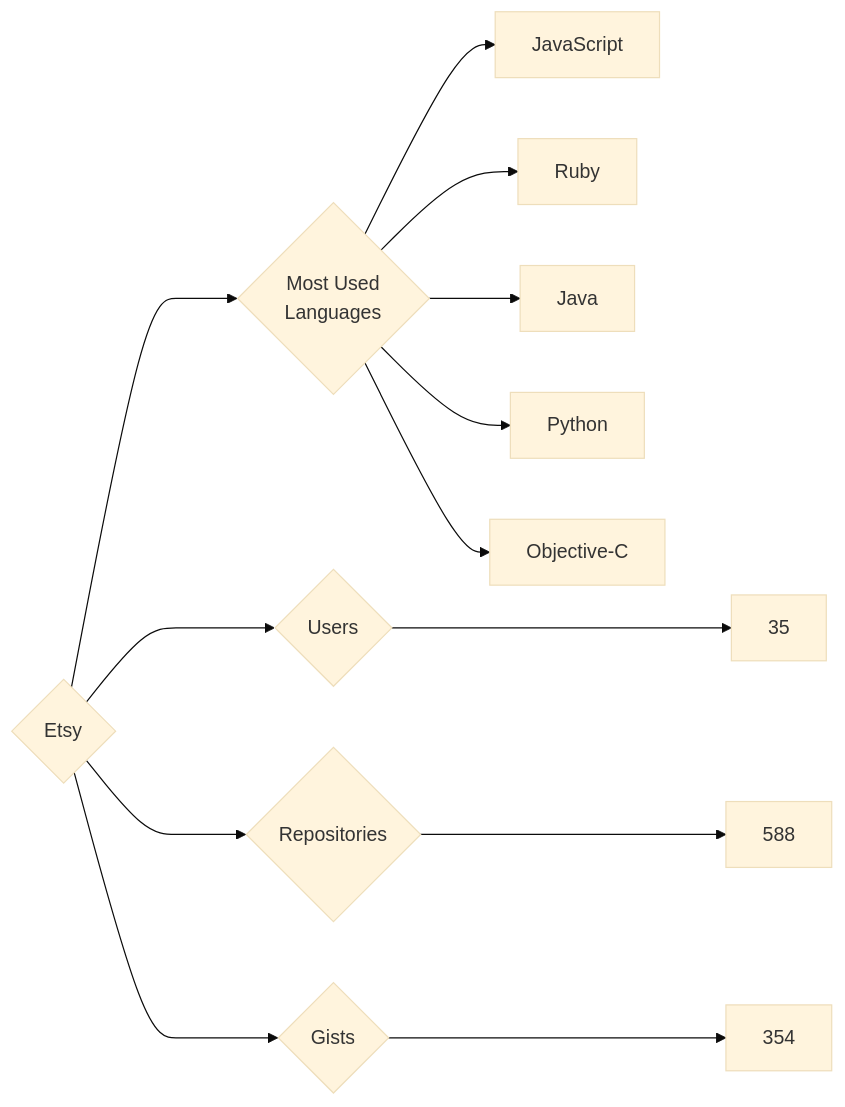
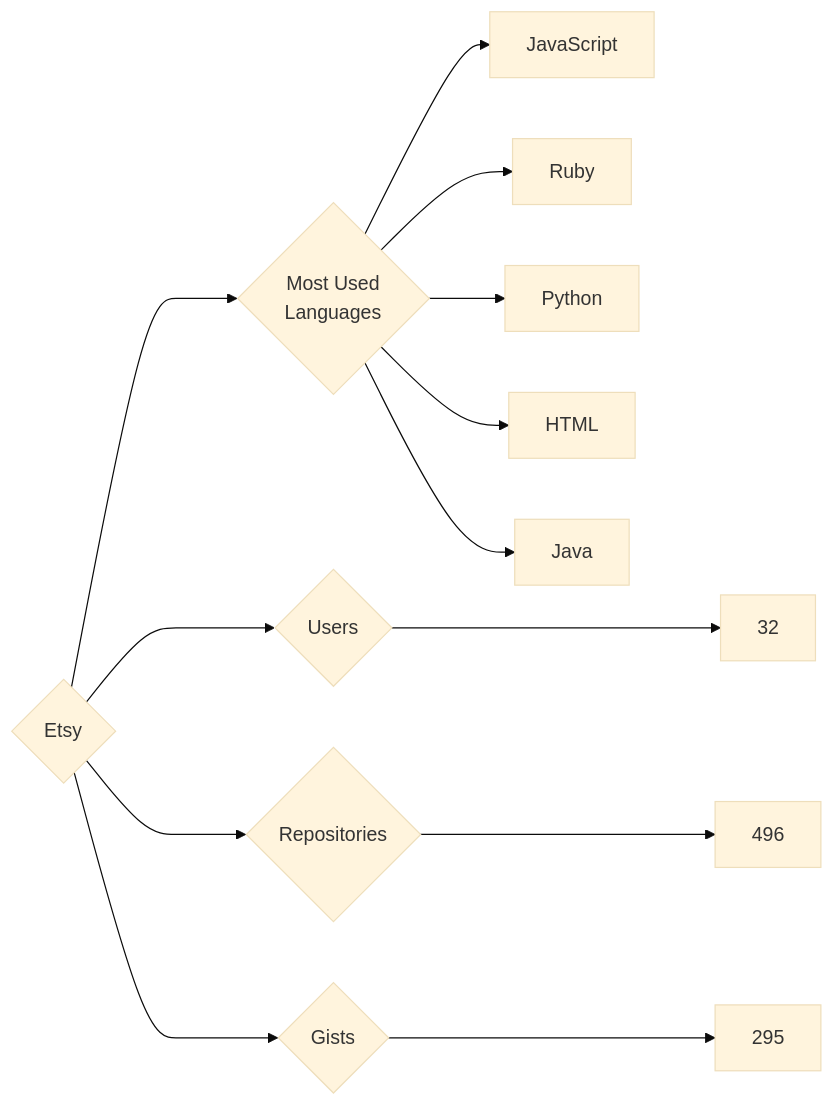
One commit to trickest/insiders changed the diagram in targets/Etsy/README.md. Above: the diagram before and after it, drawn with Mermaid (base theme). The commit also changed 440 other files, not shown here.

````diff
--- a/targets/Etsy/README.md
+++ b/targets/Etsy/README.md
@@ -3,13 +3,13 @@
 ```mermaid
 graph LR
 COMPANY_NAME{Etsy}
-COMPANY_NAME ---> U{Users} ---> UN[35]
-COMPANY_NAME ---> R{Repositories} ---> RN[588]
-COMPANY_NAME ---> G{Gists} ---> GN[354]
+COMPANY_NAME ---> U{Users} ---> UN[32]
+COMPANY_NAME ---> R{Repositories} ---> RN[496]
+COMPANY_NAME ---> G{Gists} ---> GN[295]
 COMPANY_NAME ---> ML{Most Used<br>Languages}
 ML --> JavaScript[JavaScript]
 ML --> Ruby[Ruby]
+ML --> Python[Python]
+ML --> HTML[HTML]
 ML --> Java[Java]
-ML --> Python[Python]
-ML --> Objective-C[Objective-C]
 ```
````
